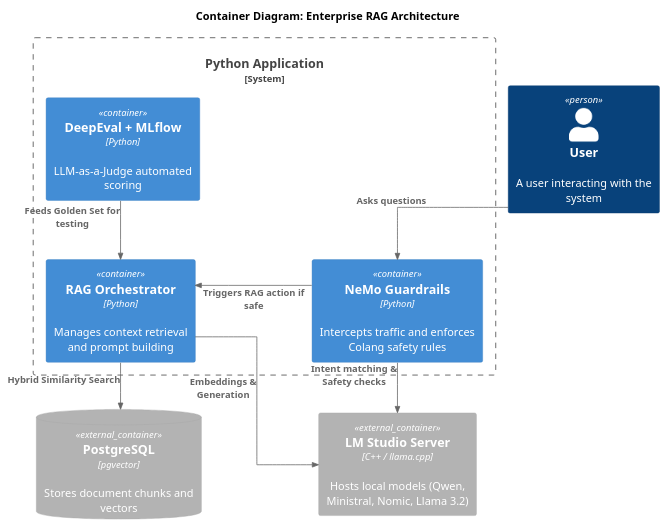
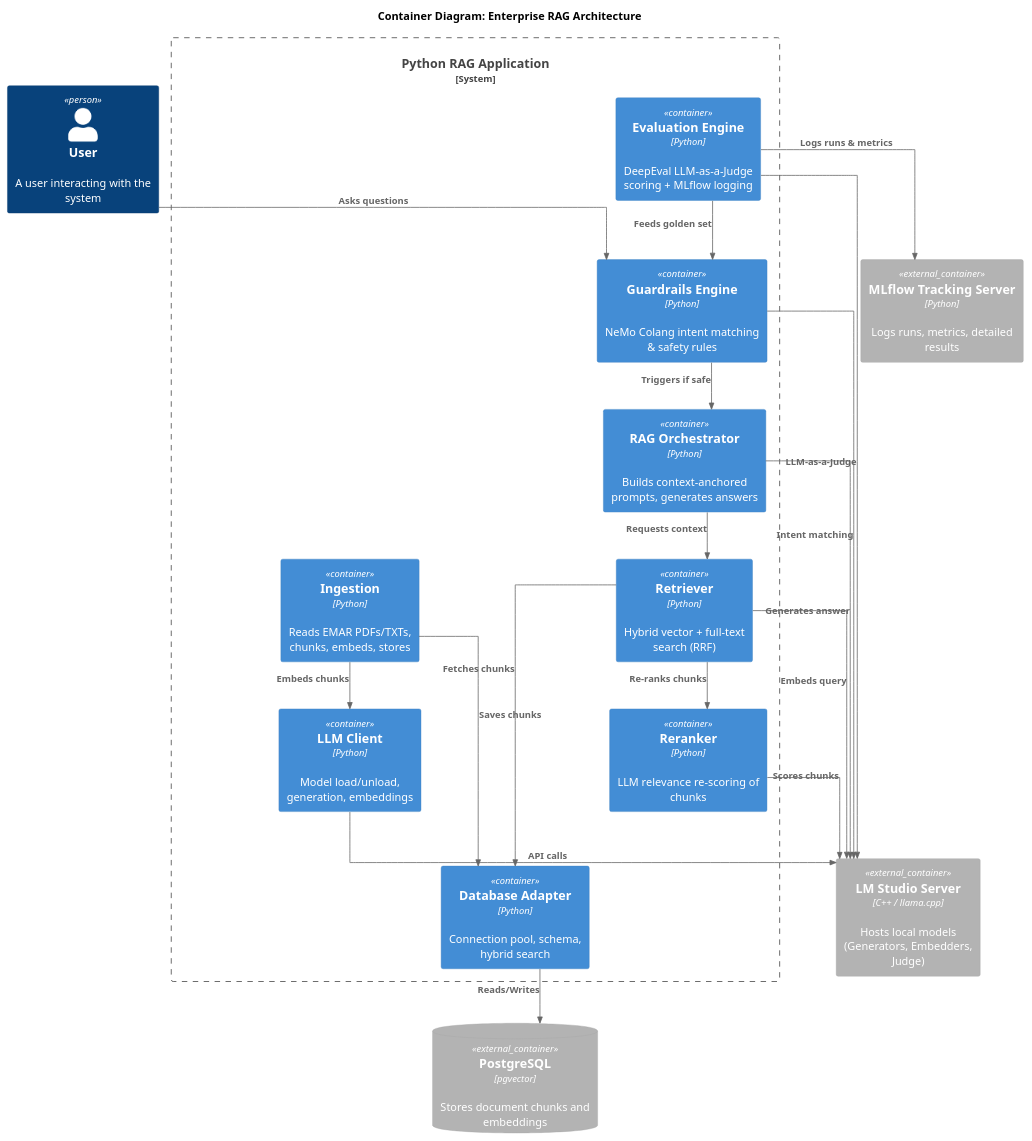
The diagram in documentation/C4/c4_level2.puml (iseg-pg-ai/nlpg-6ed-group-4), drawn with PlantUML before and after one commit. The commit also changed 2 other files, not shown here.

Commit message:
Updates C4 diagrams

```diff
--- a/documentation/C4/c4_level2.puml
+++ b/documentation/C4/c4_level2.puml
@@ -1,32 +1,77 @@
 @startuml level-two
 !include https://raw.githubusercontent.com/plantuml-stdlib/C4-PlantUML/master/C4_Container.puml
+
+skinparam linetype ortho
+skinparam nodesep 120
 
 LAYOUT_TOP_DOWN()
 
 title Container Diagram: Enterprise RAG Architecture
-skinparam linetype ortho
-skinparam nodesep 150
 
 Person(user, "User", "A user interacting with the system")
 
-System_Boundary(python_app, "Python Application") {
-    Container(evaluator, "DeepEval + MLflow", "Python", "LLM-as-a-Judge automated scoring")
-    Container(guardrails, "NeMo Guardrails", "Python", "Intercepts traffic and enforces Colang safety rules")
-    Container(orchestrator, "RAG Orchestrator", "Python", "Manages context retrieval and prompt building")
-    
-    ' Alinhamento invisível para forçar a organização
-    Lay_R(guardrails, orchestrator)
+System_Boundary(python_app, "Python RAG Application") {
+
+    ' ==== TOP LAYER (Entry Points) ====
+    Container(ingest, "Ingestion", "Python", "Reads EMAR PDFs/TXTs, chunks, embeds, stores")
+    Container(evaluator, "Evaluation Engine", "Python", "DeepEval LLM-as-a-Judge scoring + MLflow logging")
+
+    ' ==== SECOND LAYER (Safety & Orchestration) ====
+    Container(guardrails, "Guardrails Engine", "Python", "NeMo Colang intent matching & safety rules")
+    Container(rag_orch, "RAG Orchestrator", "Python", "Builds context-anchored prompts, generates answers")
+
+    ' ==== THIRD LAYER (Retrieval) ====
+    Container(retriever, "Retriever", "Python", "Hybrid vector + full-text search (RRF)")
+    Container(reranker, "Reranker", "Python", "LLM relevance re-scoring of chunks")
+
+    ' ==== BOTTOM LAYER (Shared Adapters) ====
+    Container(llm_client, "LLM Client", "Python", "Model load/unload, generation, embeddings")
+    Container(db_adapter, "Database Adapter", "Python", "Connection pool, schema, hybrid search")
+
+    ' Invisible constraints to force a clean grid
+    Lay_R(evaluator, ingest)
+    Lay_D(evaluator, guardrails)
+    Lay_D(guardrails, rag_orch)
+    Lay_D(rag_orch, retriever)
+    Lay_R(retriever, reranker)
+    Lay_D(retriever, llm_client)
+    Lay_D(reranker, db_adapter)
 }
 
-Container_Ext(lmstudio, "LM Studio Server", "C++ / llama.cpp", "Hosts local models (Qwen, Ministral, Nomic, Llama 3.2)")
-ContainerDb_Ext(pgvector, "PostgreSQL", "pgvector", "Stores document chunks and vectors")
+Container_Ext(lmstudio, "LM Studio Server", "C++ / llama.cpp", "Hosts local models (Generators, Embedders, Judge)")
+ContainerDb_Ext(pgvector, "PostgreSQL", "pgvector", "Stores document chunks and embeddings")
+Container_Ext(mlflow, "MLflow Tracking Server", "Python", "Logs runs, metrics, detailed results")
 
+' Pin external elements (must be declared after the boundary)
+Lay_R(evaluator, mlflow)
+Lay_R(reranker, lmstudio)
+Lay_D(db_adapter, pgvector)
+
+' --- 1. Entry Points & Evaluation Flow ---
+Rel_D(evaluator, guardrails, "Feeds golden set")
+Rel_D(evaluator, mlflow, "Logs runs & metrics")
+Rel_D(evaluator, lmstudio, "LLM-as-a-Judge")
+
+Rel_D(ingest, llm_client, "Embeds chunks")
+Rel_D(ingest, db_adapter, "Saves chunks")
+
+' --- 2. Guardrails & RAG Flow ---
 Rel_D(user, guardrails, "Asks questions")
-Rel_D(evaluator, orchestrator, "Feeds Golden Set for testing")
-Rel_R(guardrails, orchestrator, "Triggers RAG action if safe")
+Rel_D(guardrails, rag_orch, "Triggers if safe")
+Rel_D(guardrails, lmstudio, "Intent matching")
 
-Rel_D(guardrails, lmstudio, "Intent matching & Safety checks")
-Rel_D(orchestrator, lmstudio, "Embeddings & Generation")
-Rel_D(orchestrator, pgvector, "Hybrid Similarity Search")
+Rel_D(rag_orch, retriever, "Requests context")
+Rel_D(rag_orch, lmstudio, "Generates answer")
+
+' --- 3. Retrieval & Reranking Flow ---
+Rel_D(retriever, reranker, "Re-ranks chunks")
+Rel_D(retriever, db_adapter, "Fetches chunks")
+Rel_D(retriever, lmstudio, "Embeds query")
+
+Rel_D(reranker, lmstudio, "Scores chunks")
+
+' --- 4. Shared Adapters to Infrastructure ---
+Rel_D(llm_client, lmstudio, "API calls")
+Rel_D(db_adapter, pgvector, "Reads/Writes")
 
 @enduml
```
